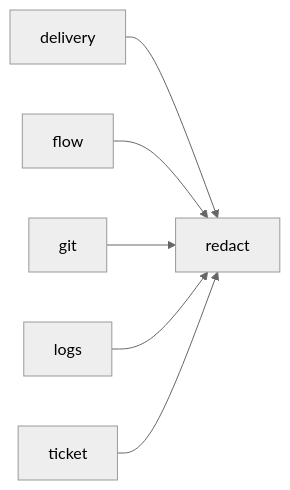
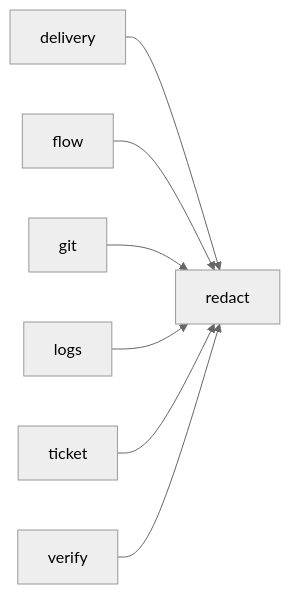
Before and after one commit to plaplanche/ariane: the diagram in docs/architecture/modules/redact.md, drawn with Mermaid (neutral theme). The commit also changed 25 other files, not shown here.

````diff
--- a/docs/architecture/modules/redact.md
+++ b/docs/architecture/modules/redact.md
@@ -13,8 +13,9 @@
 ```mermaid
 flowchart LR
   delivery --> redact
   flow --> redact
   git --> redact
   logs --> redact
   ticket --> redact
+  verify --> redact
 ```
````
